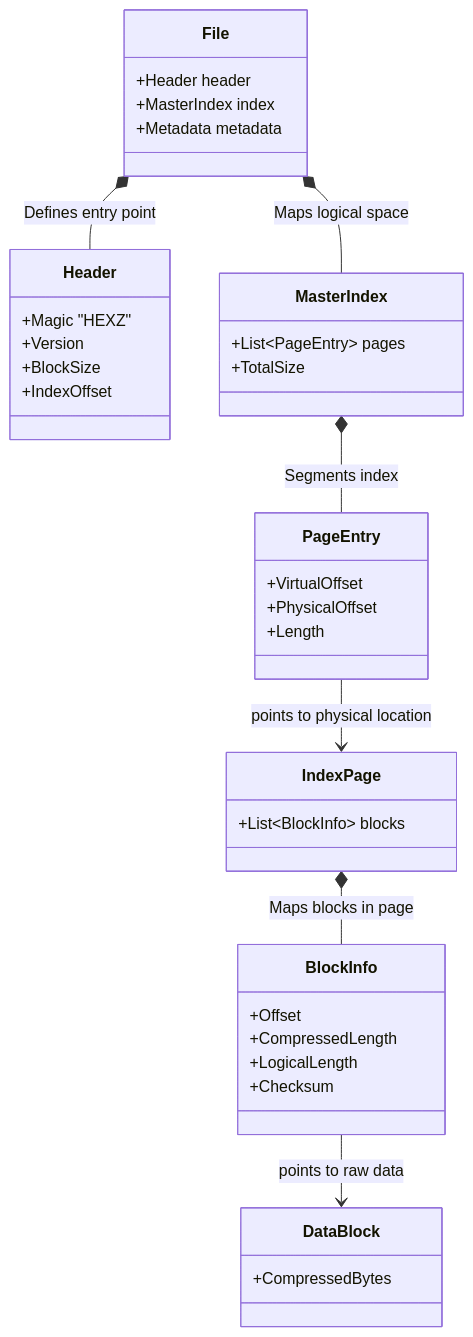
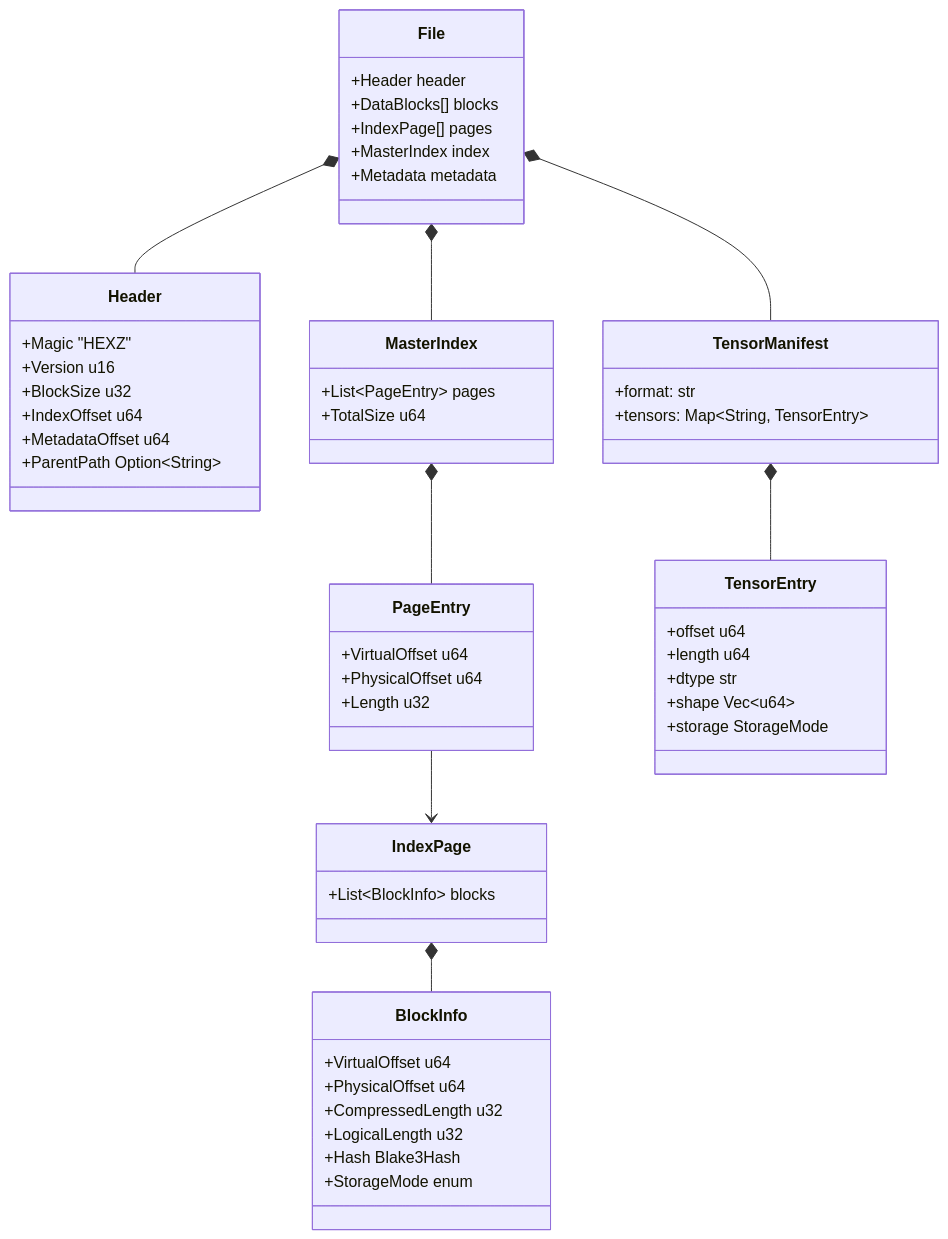
One commit to hexz-org/hexz changed the second of 4 diagrams in docs/explanation/architecture.md. Above: the diagram before and after it, drawn with Mermaid. The commit also changed other lines of this file and 65 other files, not shown here.

````diff
--- a/docs/explanation/architecture.md
+++ b/docs/explanation/architecture.md
@@ -51,48 +44,64 @@
 ```mermaid
 classDiagram
     class File {
         +Header header
+        +DataBlocks[] blocks
+        +IndexPage[] pages
         +MasterIndex index
         +Metadata metadata
     }
 
     class Header {
         +Magic "HEXZ"
-        +Version
-        +BlockSize
-        +IndexOffset
+        +Version u16
+        +BlockSize u32
+        +IndexOffset u64
+        +MetadataOffset u64
+        +ParentPath Option~String~
     }
 
     class MasterIndex {
         +List~PageEntry~ pages
-        +TotalSize
+        +TotalSize u64
     }
 
     class PageEntry {
-        +VirtualOffset
-        +PhysicalOffset
-        +Length
+        +VirtualOffset u64
+        +PhysicalOffset u64
+        +Length u32
     }
 
     class IndexPage {
         +List~BlockInfo~ blocks
     }
 
     class BlockInfo {
-        +Offset
-        +CompressedLength
-        +LogicalLength
-        +Checksum
+        +VirtualOffset u64
+        +PhysicalOffset u64
+        +CompressedLength u32
+        +LogicalLength u32
+        +Hash Blake3Hash
+        +StorageMode enum
     }
 
-    class DataBlock {
-        +CompressedBytes
+    class TensorManifest {
+        +format: str
+        +tensors: Map~String, TensorEntry~
     }
 
-    File *-- Header : Defines entry point
-    File *-- MasterIndex : Maps logical space
-    MasterIndex *-- PageEntry : Segments index
-    PageEntry --> IndexPage : points to physical location
-    IndexPage *-- BlockInfo : Maps blocks in page
-    BlockInfo --> DataBlock : points to raw data
+    class TensorEntry {
+        +offset u64
+        +length u64
+        +dtype str
+        +shape Vec~u64~
+        +storage StorageMode
+    }
+
+    File *-- Header
+    File *-- MasterIndex
+    File *-- TensorManifest
+    MasterIndex *-- PageEntry
+    PageEntry --> IndexPage
+    IndexPage *-- BlockInfo
+    TensorManifest *-- TensorEntry
 ```
````
